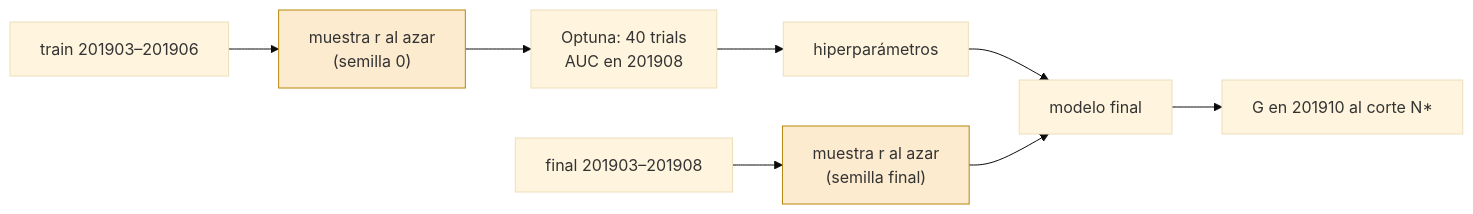
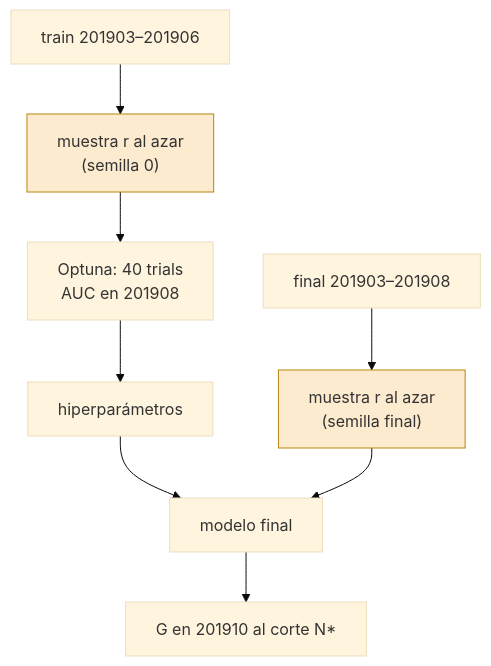
One commit to agustinarazanov/dmeyf-experimento-sampling changed the diagram in experimentos/h1/README.md. Above: the diagram before and after it, drawn with Mermaid (base theme). The commit also changed other lines of this file and 6 other files, not shown here.

````diff
--- a/experimentos/h1/README.md
+++ b/experimentos/h1/README.md
@@ -17,12 +17,12 @@
 ```mermaid
-flowchart LR
+flowchart TB
   D[train 201903–201906] --> M1["muestra r al azar<br/>(semilla 0)"]
   M1 --> O["Optuna: 40 trials<br/>AUC en 201908"]
   O --> HP[hiperparámetros]
   F[final 201903–201908] --> M2["muestra r al azar<br/>(semilla final)"]
   HP --> E[modelo final]
   M2 --> E
   E --> T["G en 201910 al corte N*"]
   style M1 fill:#fdebd0,stroke:#b8860b
   style M2 fill:#fdebd0,stroke:#b8860b
 ```
````
